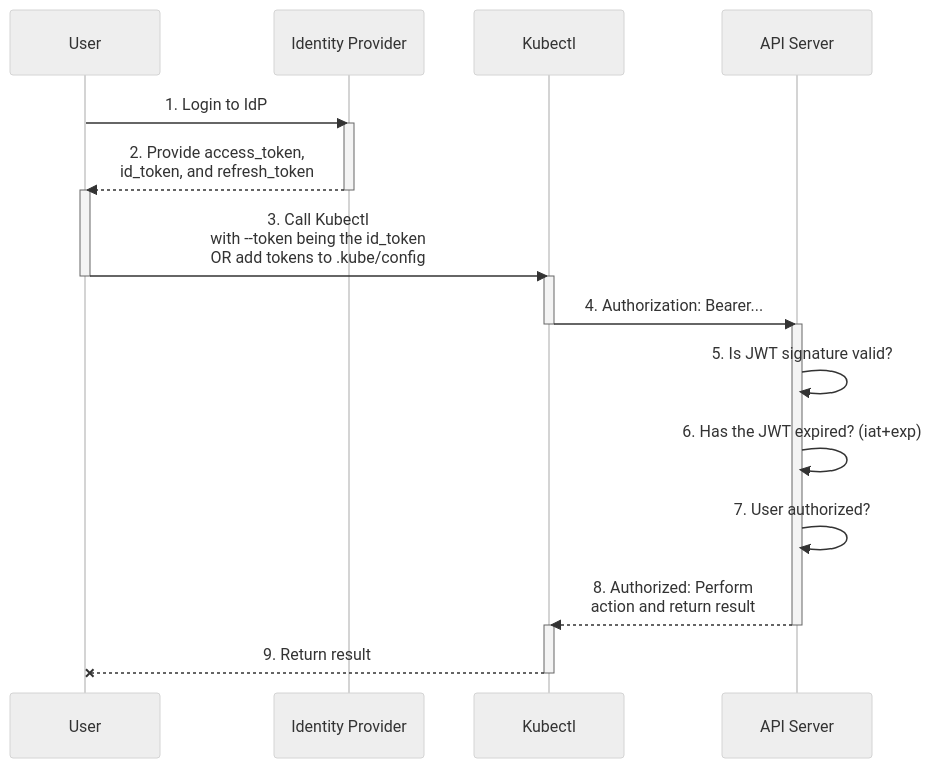
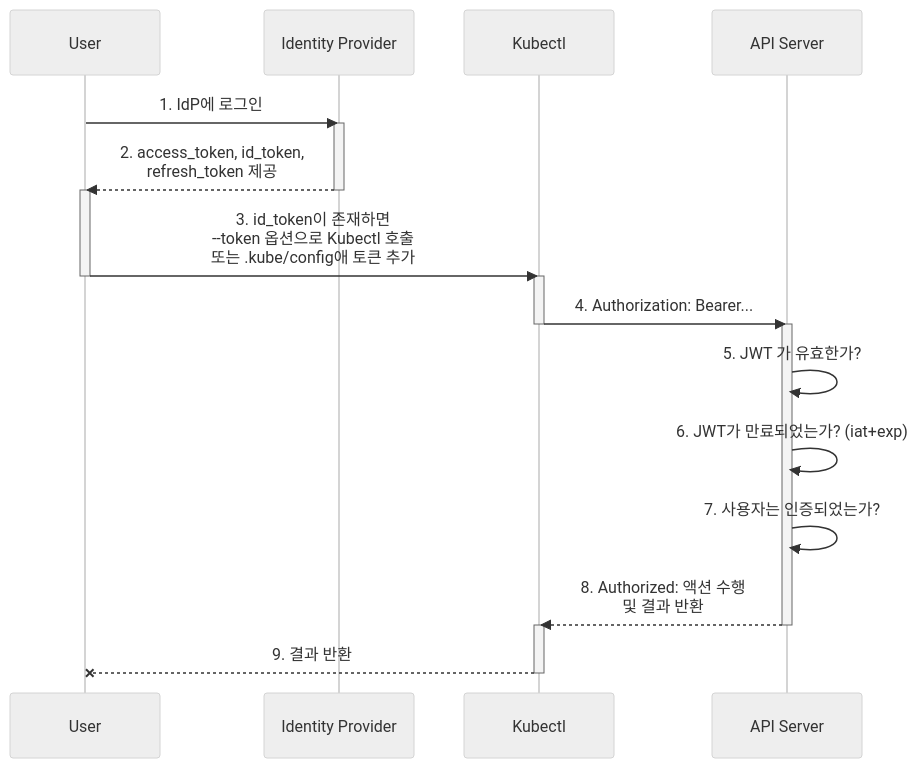
One commit to dudgns3443/website changed the diagram in content/ko/docs/reference/access-authn-authz/authentication.md. Above: the diagram before and after it, drawn with Mermaid (neutral theme). The commit also changed other lines of this file, not shown here.

```diff
--- a/content/ko/docs/reference/access-authn-authz/authentication.md
+++ b/content/ko/docs/reference/access-authn-authz/authentication.md
@@ -190,27 +252,27 @@
 {{< mermaid >}}
 sequenceDiagram
     participant user as User
     participant idp as Identity Provider
     participant kube as Kubectl
     participant api as API Server
 
-    user ->> idp: 1. Login to IdP
+    user ->> idp: 1. IdP에 로그인
     activate idp
-    idp -->> user: 2. Provide access_token,<br>id_token, and refresh_token
+    idp -->> user: 2. access_token, id_token,<br>refresh_token 제공
     deactivate idp
     activate user
-    user ->> kube: 3. Call Kubectl<br>with --token being the id_token<br>OR add tokens to .kube/config
+    user ->> kube: 3. id_token이 존재하면<br> --token 옵션으로 Kubectl 호출<br>또는 .kube/config애 토큰 추가
     deactivate user
     activate kube
     kube ->> api: 4. Authorization: Bearer...
     deactivate kube
     activate api
-    api ->> api: 5. Is JWT signature valid?
-    api ->> api: 6. Has the JWT expired? (iat+exp)
-    api ->> api: 7. User authorized?
-    api -->> kube: 8. Authorized: Perform<br>action and return result
+    api ->> api: 5. JWT 가 유효한가?
+    api ->> api: 6. JWT가 만료되었는가? (iat+exp)
+    api ->> api: 7. 사용자는 인증되었는가?
+    api -->> kube: 8. Authorized: 액션 수행<br>및 결과 반환
     deactivate api
     activate kube
-    kube --x user: 9. Return result
+    kube --x user: 9. 결과 반환
     deactivate kube
 {{< /mermaid >}}
```
